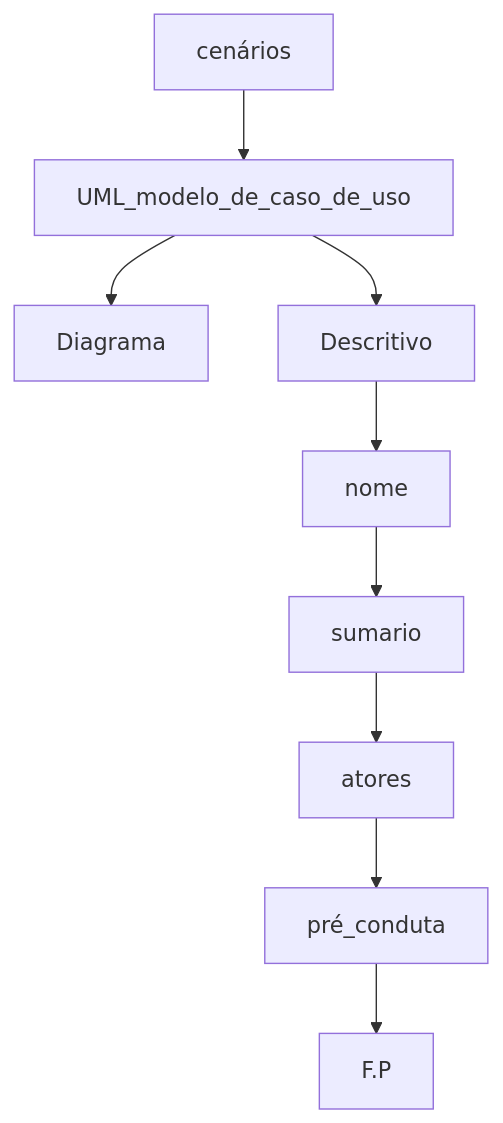
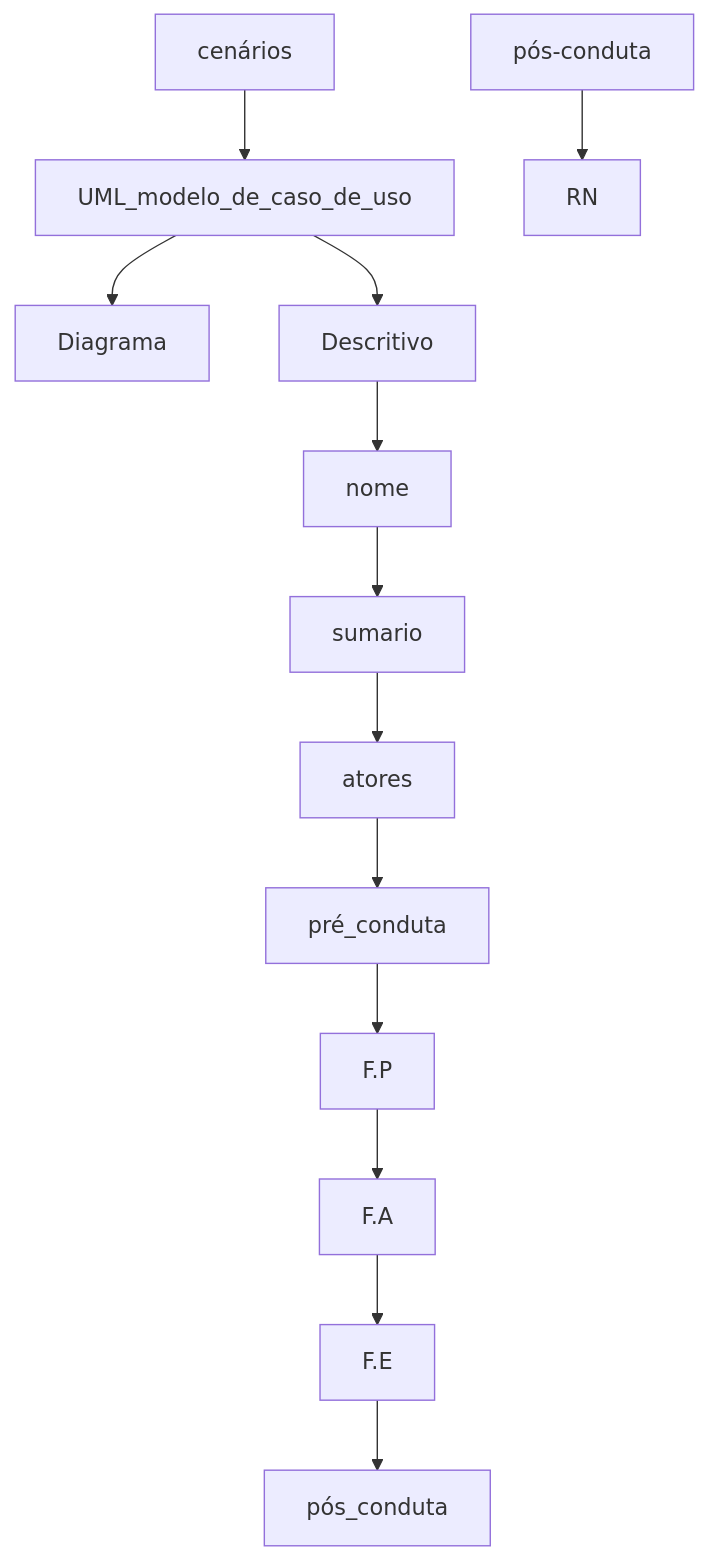
One commit to vanessacezarn/3_Semestre changed the second of 2 diagrams in Engenharia e Requisitos de Software/aula_08 09.04.md. Above: the diagram before and after it, drawn with Mermaid.

Commit message:
Update aula_08 09.04.md

````diff
--- a/Engenharia e Requisitos de Software/aula_08 09.04.md
+++ b/Engenharia e Requisitos de Software/aula_08 09.04.md
@@ -14,13 +14,16 @@
 ```mermaid
 graph TD;
 cenários --> UML_modelo_de_caso_de_uso;
 UML_modelo_de_caso_de_uso --> Diagrama;
 UML_modelo_de_caso_de_uso --> Descritivo;
 Descritivo --> nome;
 nome--> sumario;
 sumario --> atores;
 atores --> pré_conduta;
 pré_conduta --> F.P;
-
+F.P --> F.A;
+F.A --> F.E;
+F.E --> pós_conduta;
+pós-conduta --> RN;
 
 ```
````
